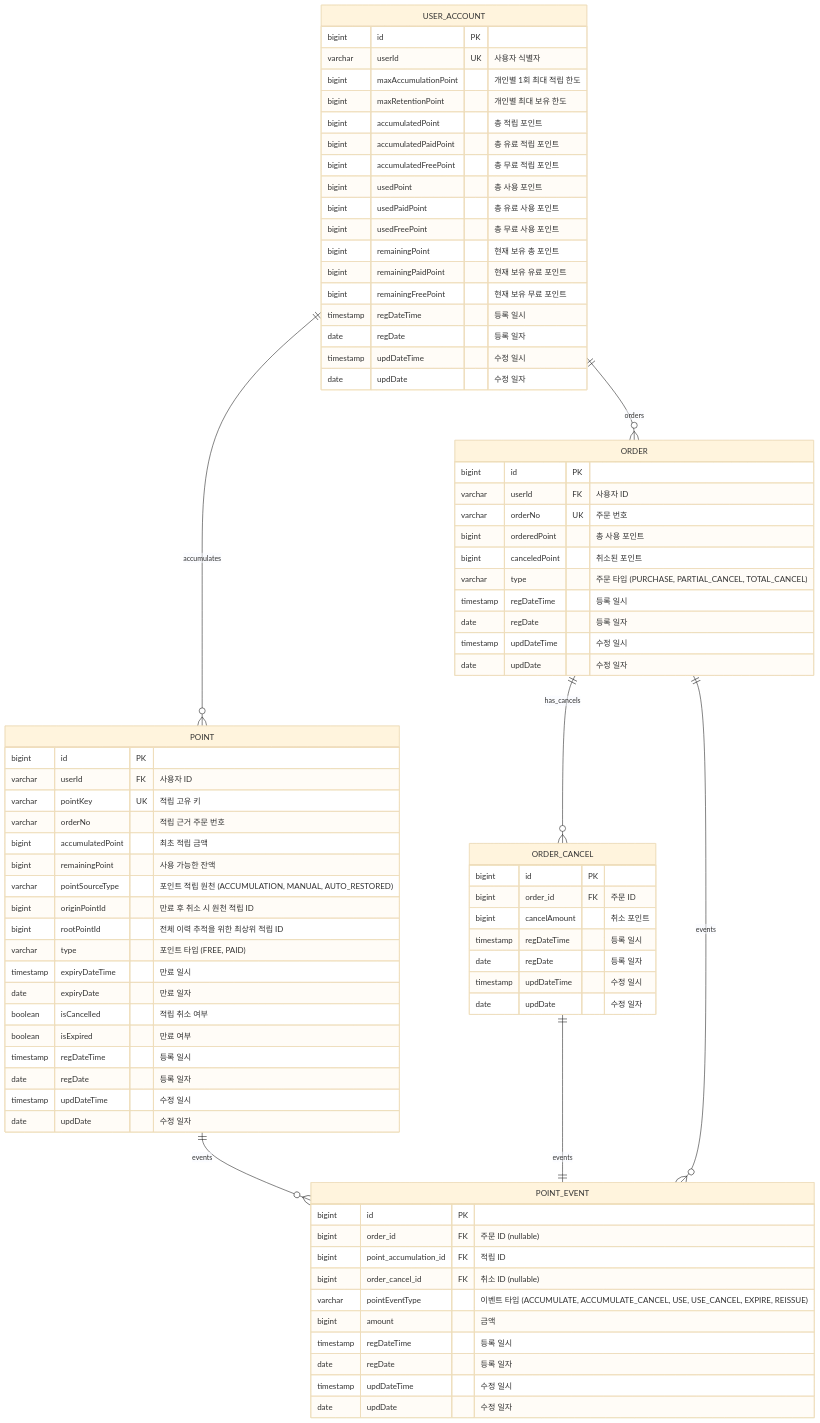
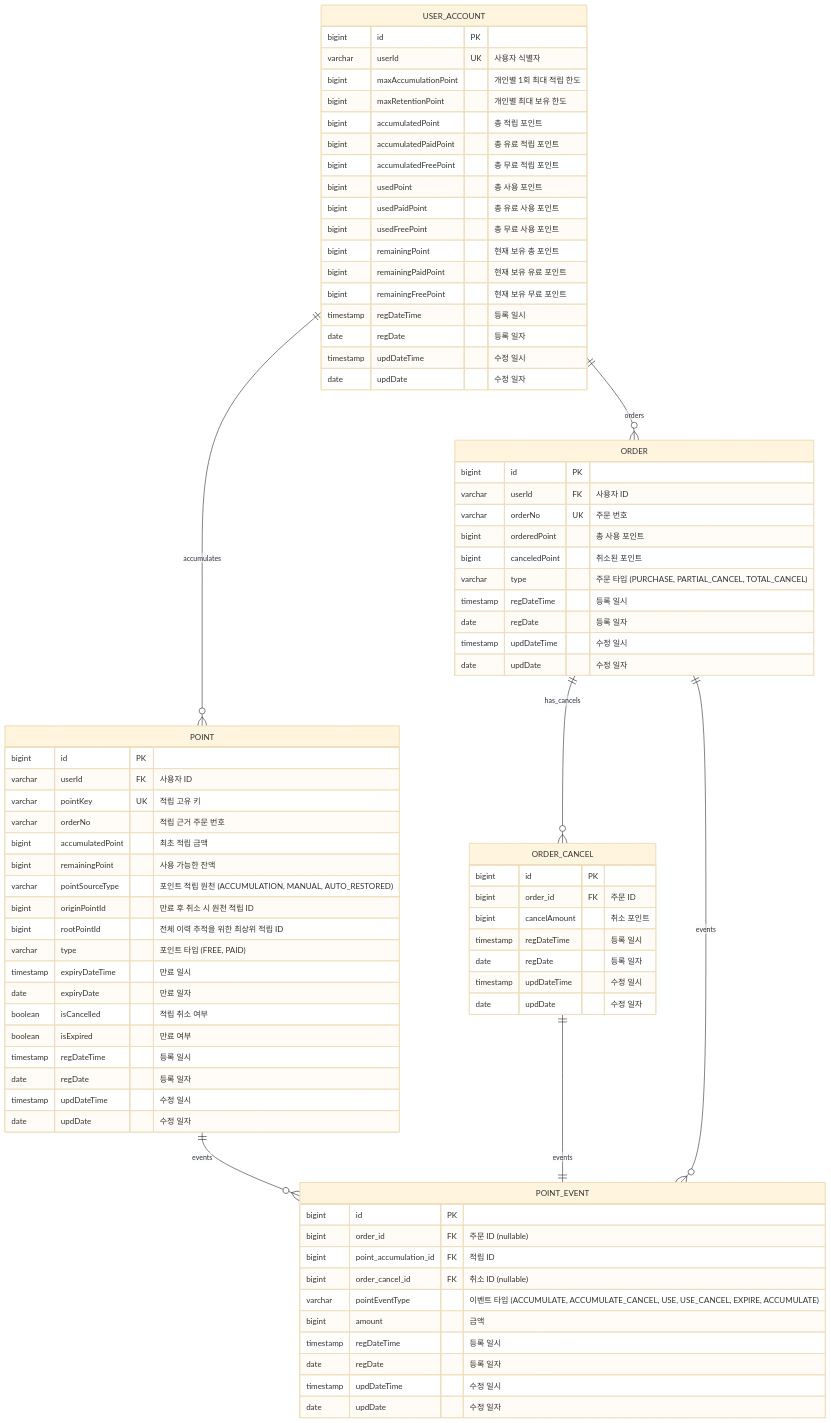
Before and after one commit to muzzaiwork/point: the diagram in docs/데이터베이스 설계.md, drawn with Mermaid (base theme). The commit also changed other lines of this file and 7 other files, not shown here.

Commit message:
설계 개선: ACCUMULATE_CANCEL 추가, 검증 중복 제거, maxSystemAccumulationLimit 제거, REISSUE 제거 등

```diff
--- a/docs/데이터베이스 설계.md
+++ b/docs/데이터베이스 설계.md
@@ -80,7 +80,7 @@
         bigint order_id FK "주문 ID (nullable)"
         bigint point_accumulation_id FK "적립 ID"
         bigint order_cancel_id FK "취소 ID (nullable)"
-        varchar pointEventType "이벤트 타입 (ACCUMULATE, ACCUMULATE_CANCEL, USE, USE_CANCEL, EXPIRE, REISSUE)"
+        varchar pointEventType "이벤트 타입 (ACCUMULATE, ACCUMULATE_CANCEL, USE, USE_CANCEL, EXPIRE, ACCUMULATE)"
         bigint amount "금액"
         timestamp regDateTime "등록 일시"
         date regDate "등록 일자"
```
